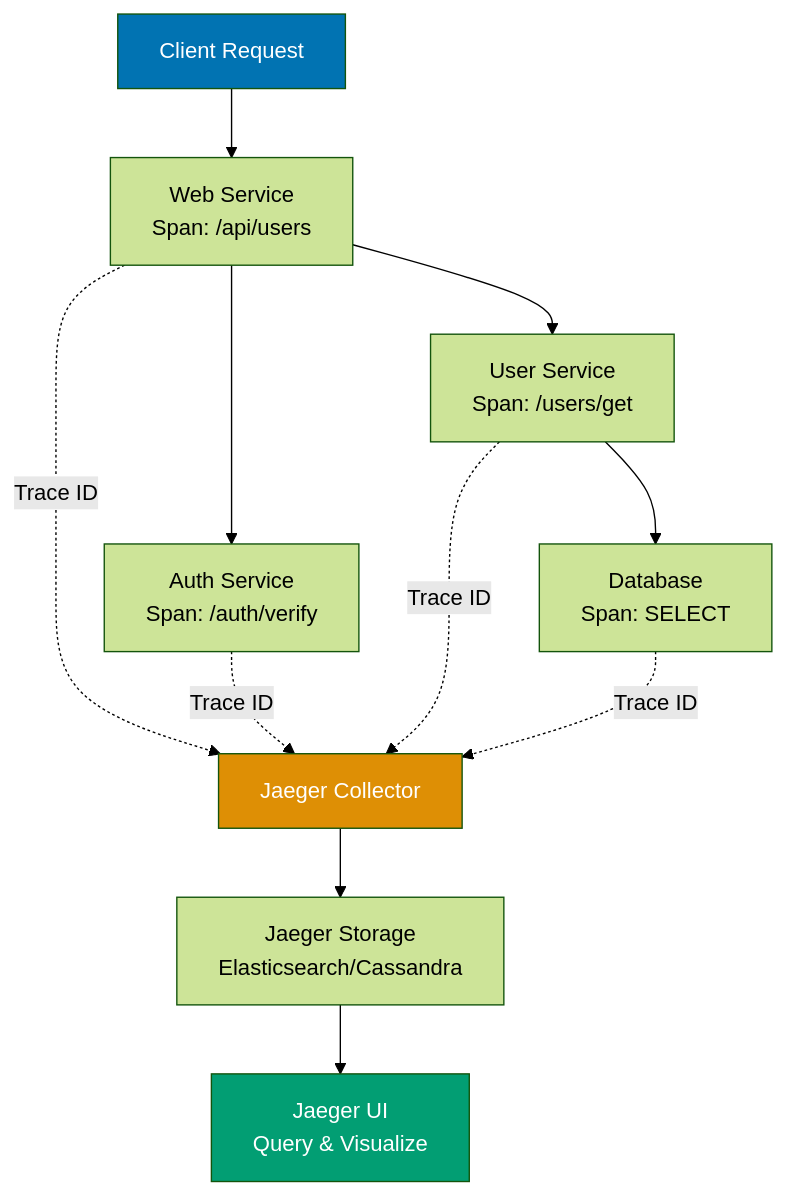
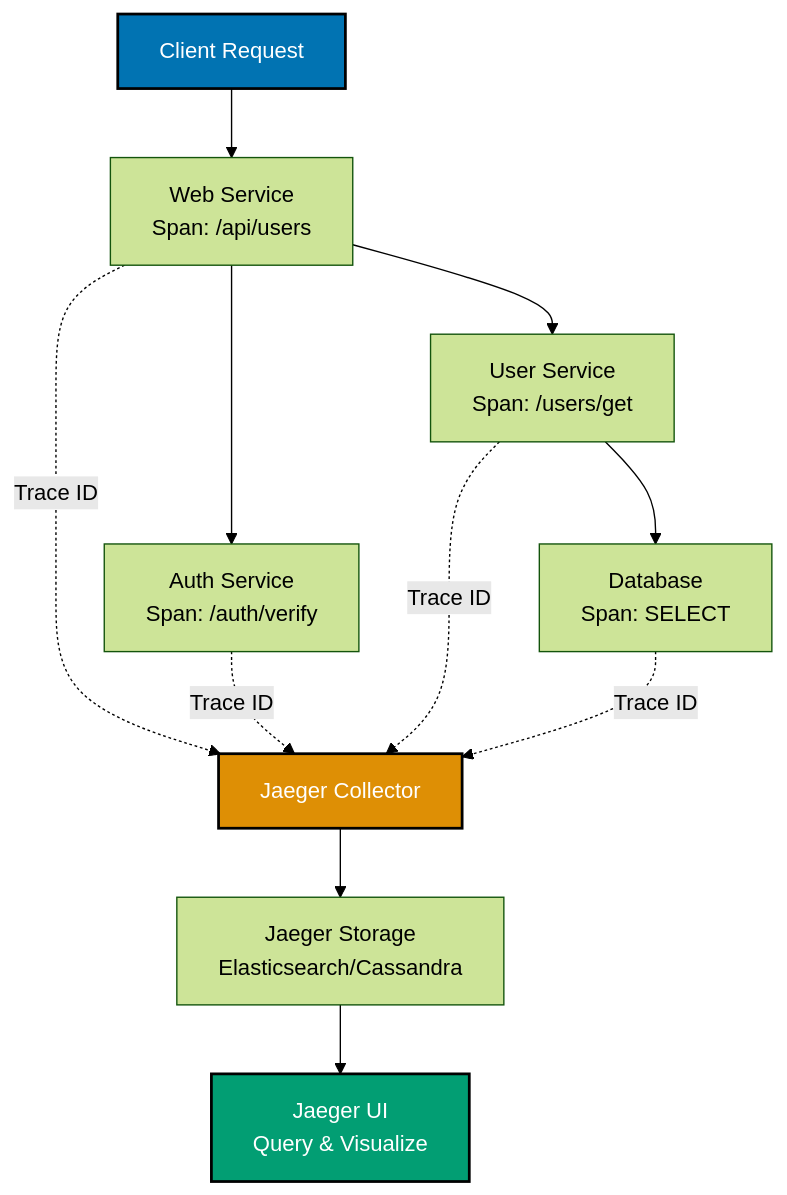
Diagram 12 of 14 in apps/ayokoding-web/content/en/learn/software-engineering/infrastructure/tools/docker/by-example/advanced.md (wahidyankf/open-sharia-enterprise), drawn with Mermaid (forest theme) before and after one commit. The commit also changed other lines of this file and 25 other files, not shown here.

````diff
--- a/apps/ayokoding-web/content/en/learn/software-engineering/infrastructure/tools/docker/by-example/advanced.md
+++ b/apps/ayokoding-web/content/en/learn/software-engineering/infrastructure/tools/docker/by-example/advanced.md
@@ -2946,19 +2957,20 @@
 ```mermaid
+%% Color Palette: Blue #0173B2, Orange #DE8F05, Teal #029E73, Purple #CC78BC, Brown #CA9161
 graph TD
  A["Client Request"] --> B["Web Service<br/>Span: /api/users"]
  B --> C["Auth Service<br/>Span: /auth/verify"]
  B --> D["User Service<br/>Span: /users/get"]
  D --> E["Database<br/>Span: SELECT"]
 
  B -.Trace ID.-> F["Jaeger Collector"]
  C -.Trace ID.-> F
  D -.Trace ID.-> F
  E -.Trace ID.-> F
 
  F --> G["Jaeger Storage<br/>Elasticsearch/Cassandra"]
  G --> H["Jaeger UI<br/>Query & Visualize"]
 
- style A fill:#0173B2,color:#fff
- style F fill:#DE8F05,color:#fff
- style H fill:#029E73,color:#fff
+ style A fill:#0173B2,stroke:#000000,stroke-width:2px,color:#fff
+ style F fill:#DE8F05,stroke:#000000,stroke-width:2px,color:#fff
+ style H fill:#029E73,stroke:#000000,stroke-width:2px,color:#fff
 ```
````
